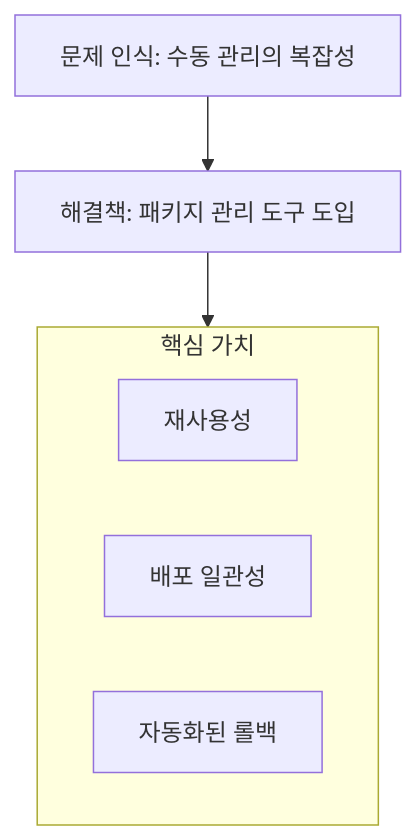
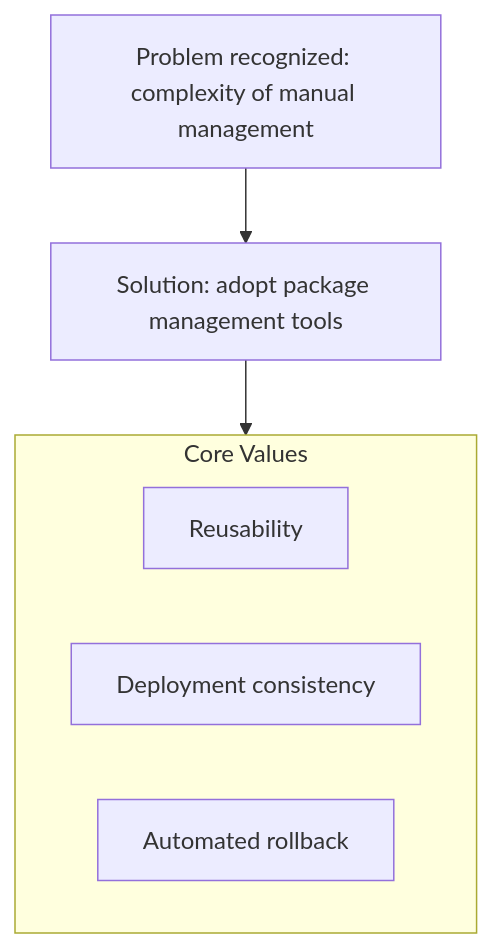
Before and after one commit to jeonck/k8s-adv: the second of 2 diagrams in content/basics/11-package-manager-background.md, drawn with Mermaid. The commit also changed other lines of this file and 223 other files, not shown here.

````diff
--- a/content/basics/11-package-manager-background.md
+++ b/content/basics/11-package-manager-background.md
@@ -62,12 +62,12 @@
 ```mermaid
 graph TD
-    Issue[문제 인식: 수동 관리의 복잡성] --> Solution[해결책: 패키지 관리 도구 도입]
+    Issue[Problem recognized: complexity of manual management] --> Solution[Solution: adopt package management tools]
     
-    subgraph Core_Values[핵심 가치]
-    V1[재사용성]
-    V2[배포 일관성]
-    V3[자동화된 롤백]
+    subgraph Core_Values[Core Values]
+    V1[Reusability]
+    V2[Deployment consistency]
+    V3[Automated rollback]
     end
     
     Solution --> Core_Values
 ```
````
